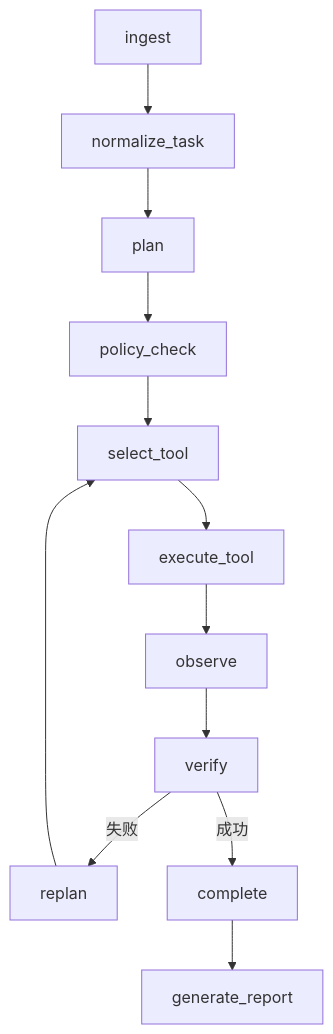
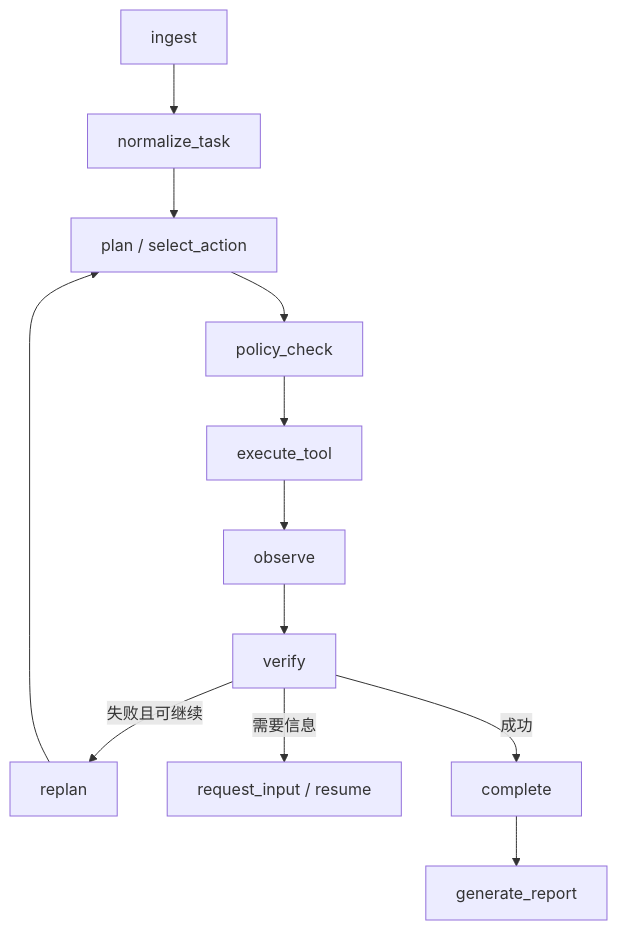
Before and after one commit to fuyao0612/gdaib-ctf-agent: the second of 2 diagrams in docs/architecture.md, drawn with Mermaid. The commit also changed other lines of this file and 5 other files, not shown here.

````diff
--- a/docs/architecture.md
+++ b/docs/architecture.md
@@ -22,7 +24,9 @@
 ```mermaid
 flowchart TD
-  A["ingest"] --> B["normalize_task"] --> C["plan"] --> D["policy_check"]
-  D --> E["select_tool"] --> F["execute_tool"] --> G["observe"] --> H["verify"]
-  H -->|失败| I["replan"] --> E
-  H -->|成功| J["complete"] --> K["generate_report"]
+  A["ingest"] --> B["normalize_task"] --> C["plan / select_action"]
+  C --> D["policy_check"]
+  D --> E["execute_tool"] --> F["observe"] --> G["verify"]
+  G -->|失败且可继续| H["replan"] --> C
+  G -->|需要信息| I["request_input / resume"]
+  G -->|成功| J["complete"] --> K["generate_report"]
 ```
````
